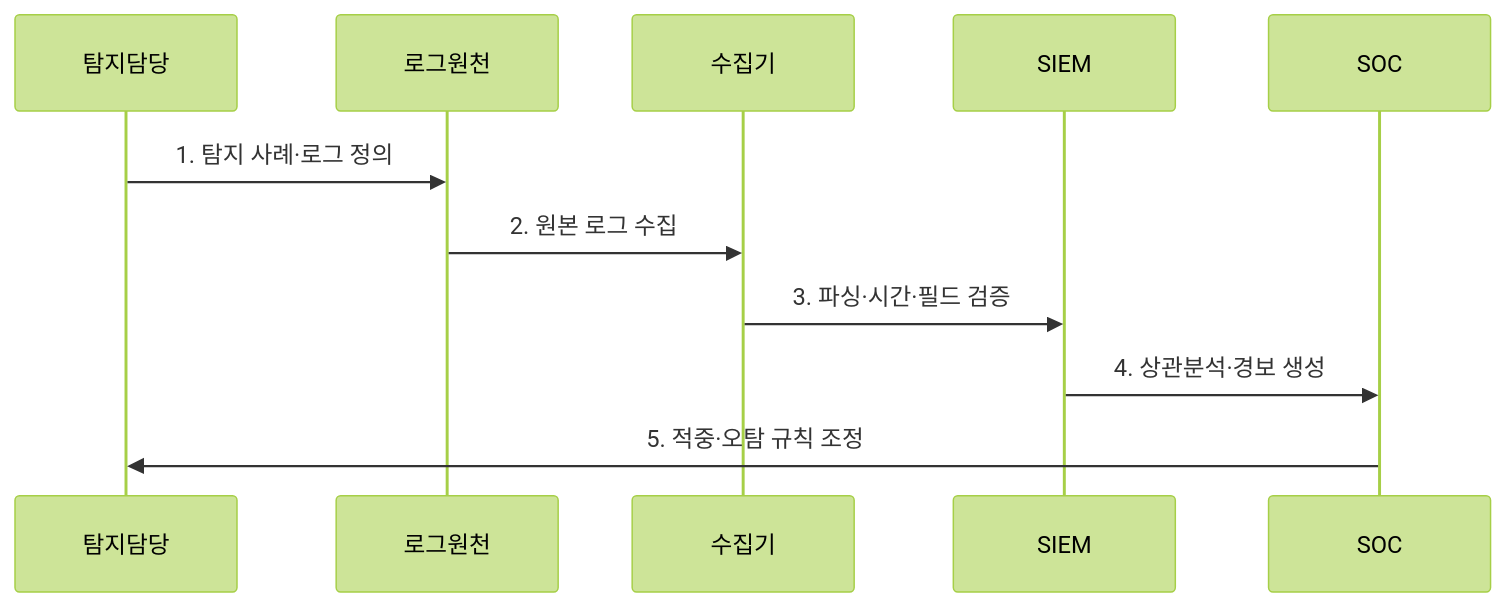
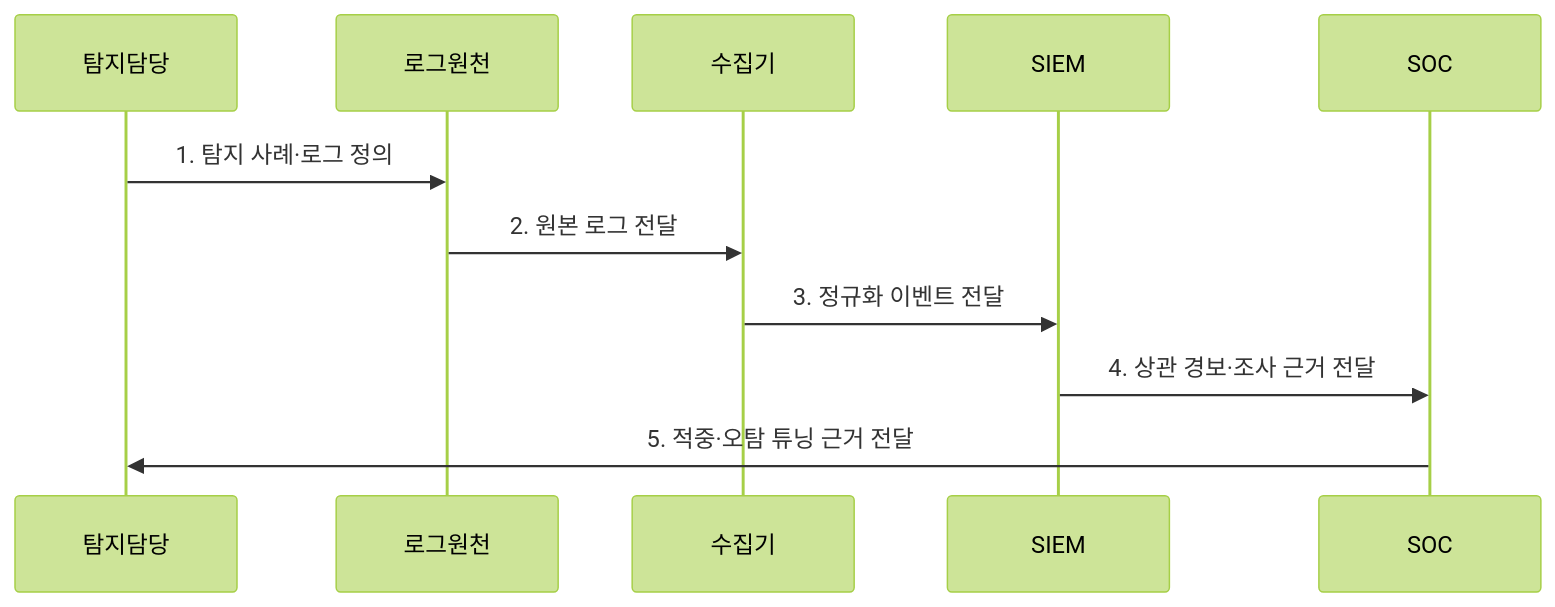
The second of 2 diagrams in src/content/docs/notes/05-security/035_siem.md (agnusdei1207/knowledge-base), drawn with Mermaid (forest theme) before and after one commit. The commit also changed other lines of this file and 20 other files, not shown here.

````diff
--- a/src/content/docs/notes/05-security/035_siem.md
+++ b/src/content/docs/notes/05-security/035_siem.md
@@ -84,13 +84,13 @@
 ```mermaid
 sequenceDiagram
     participant 탐지담당
     participant 로그원천
     participant 수집기
     participant SIEM
     participant SOC
     탐지담당->>로그원천: 1. 탐지 사례·로그 정의
-    로그원천->>수집기: 2. 원본 로그 수집
-    수집기->>SIEM: 3. 파싱·시간·필드 검증
-    SIEM->>SOC: 4. 상관분석·경보 생성
-    SOC->>탐지담당: 5. 적중·오탐 규칙 조정
+    로그원천->>수집기: 2. 원본 로그 전달
+    수집기->>SIEM: 3. 정규화 이벤트 전달
+    SIEM->>SOC: 4. 상관 경보·조사 근거 전달
+    SOC->>탐지담당: 5. 적중·오탐 튜닝 근거 전달
 ```
````
